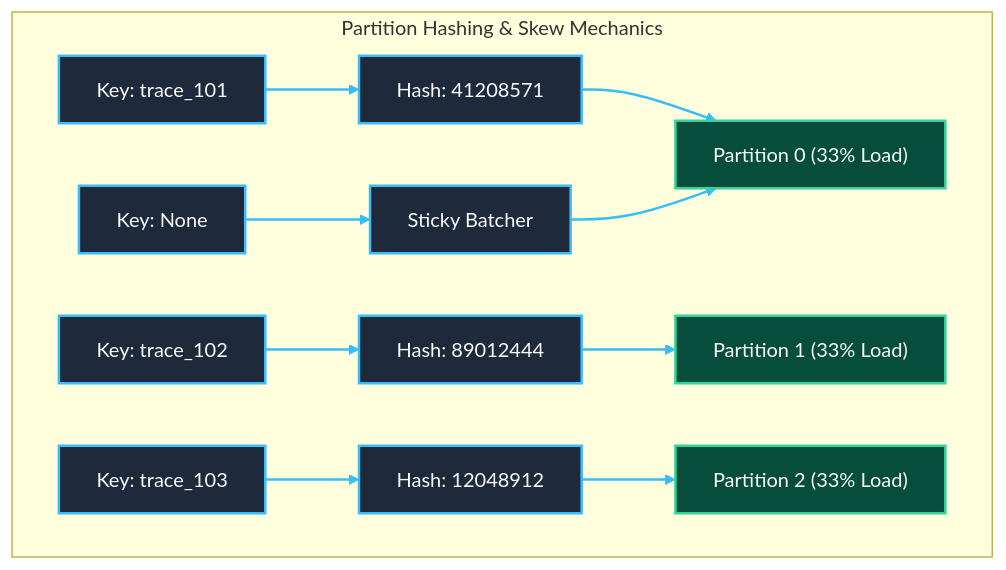
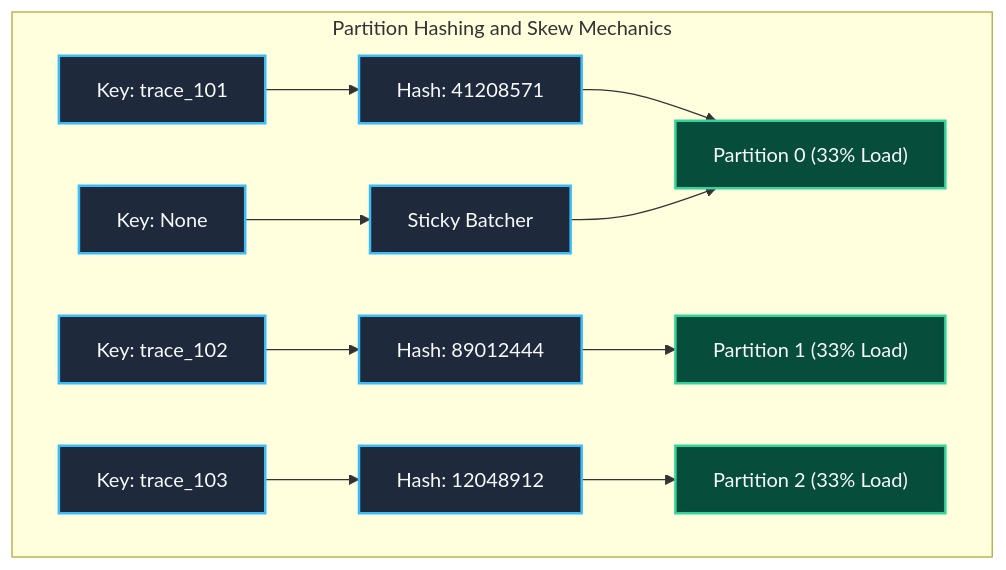
The tenth of 24 diagrams in docs/configDoc/kafka-configuration-guide.md (Chief-Strategist-J/llm-obs-infra), drawn with Mermaid before and after one commit. The commit also changed other lines of this file, not shown here.

Commit message:
fix(kafka-docs): remove linkStyle directives and replace ampersands in Mermaid diagrams to eliminate GitHub rendering crashes

````diff
--- a/docs/configDoc/kafka-configuration-guide.md
+++ b/docs/configDoc/kafka-configuration-guide.md
@@ -1071,23 +1045,25 @@
 ```mermaid
 graph TB
-    subgraph PartitionHotspotting ["Partition Hashing & Skew Mechanics"]
-        Key1["Key: trace_101"] --> H1["Hash: 41208571"] --> P0["Partition 0 (33% Load)"]
-        Key2["Key: trace_102"] --> H2["Hash: 89012444"] --> P1["Partition 1 (33% Load)"]
-        Key3["Key: trace_103"] --> H3["Hash: 12048912"] --> P2["Partition 2 (33% Load)"]
-        NullKey["Key: None"] --> Sticky["Sticky Batcher"] --> P0
+    subgraph PartitionHotspotting ["Partition Hashing and Skew Mechanics"]
+        Key1["Key: trace_101"] --> H1["Hash: 41208571"]
+        H1 --> P0["Partition 0 (33% Load)"]
+        Key2["Key: trace_102"] --> H2["Hash: 89012444"]
+        H2 --> P1["Partition 1 (33% Load)"]
+        Key3["Key: trace_103"] --> H3["Hash: 12048912"]
+        H3 --> P2["Partition 2 (33% Load)"]
+        NullKey["Key: None"] --> Sticky["Sticky Batcher"]
+        Sticky --> P0
     end
 
     style Key1 fill:#1e293b,stroke:#38bdf8,stroke-width:2px,color:#f8fafc
     style Key2 fill:#1e293b,stroke:#38bdf8,stroke-width:2px,color:#f8fafc
     style Key3 fill:#1e293b,stroke:#38bdf8,stroke-width:2px,color:#f8fafc
     style NullKey fill:#1e293b,stroke:#38bdf8,stroke-width:2px,color:#f8fafc
     style H1 fill:#1e293b,stroke:#38bdf8,stroke-width:2px,color:#f8fafc
     style H2 fill:#1e293b,stroke:#38bdf8,stroke-width:2px,color:#f8fafc
     style H3 fill:#1e293b,stroke:#38bdf8,stroke-width:2px,color:#f8fafc
     style Sticky fill:#1e293b,stroke:#38bdf8,stroke-width:2px,color:#f8fafc
     style P0 fill:#064e3b,stroke:#34d399,stroke-width:2px,color:#f8fafc
     style P1 fill:#064e3b,stroke:#34d399,stroke-width:2px,color:#f8fafc
     style P2 fill:#064e3b,stroke:#34d399,stroke-width:2px,color:#f8fafc
-
-    linkStyle 0,1,2,3,4,5,6,7 stroke:#38bdf8,stroke-width:2px;
 ```
````
